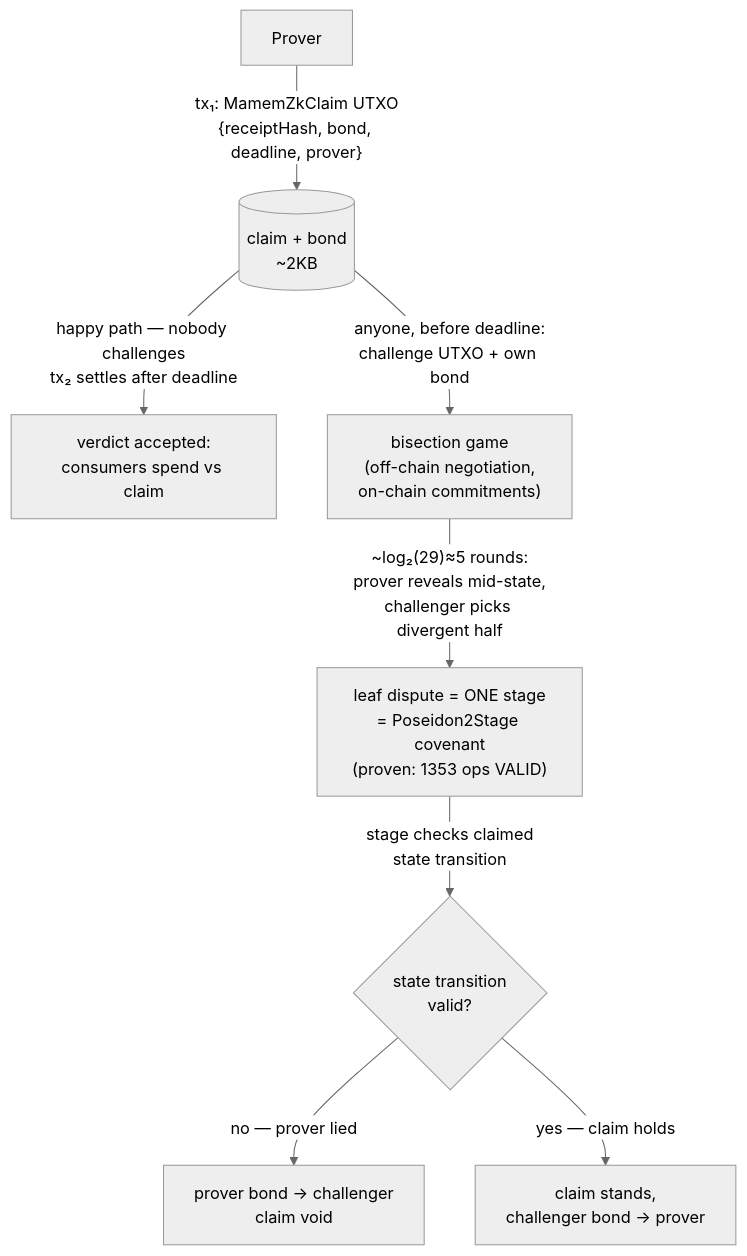
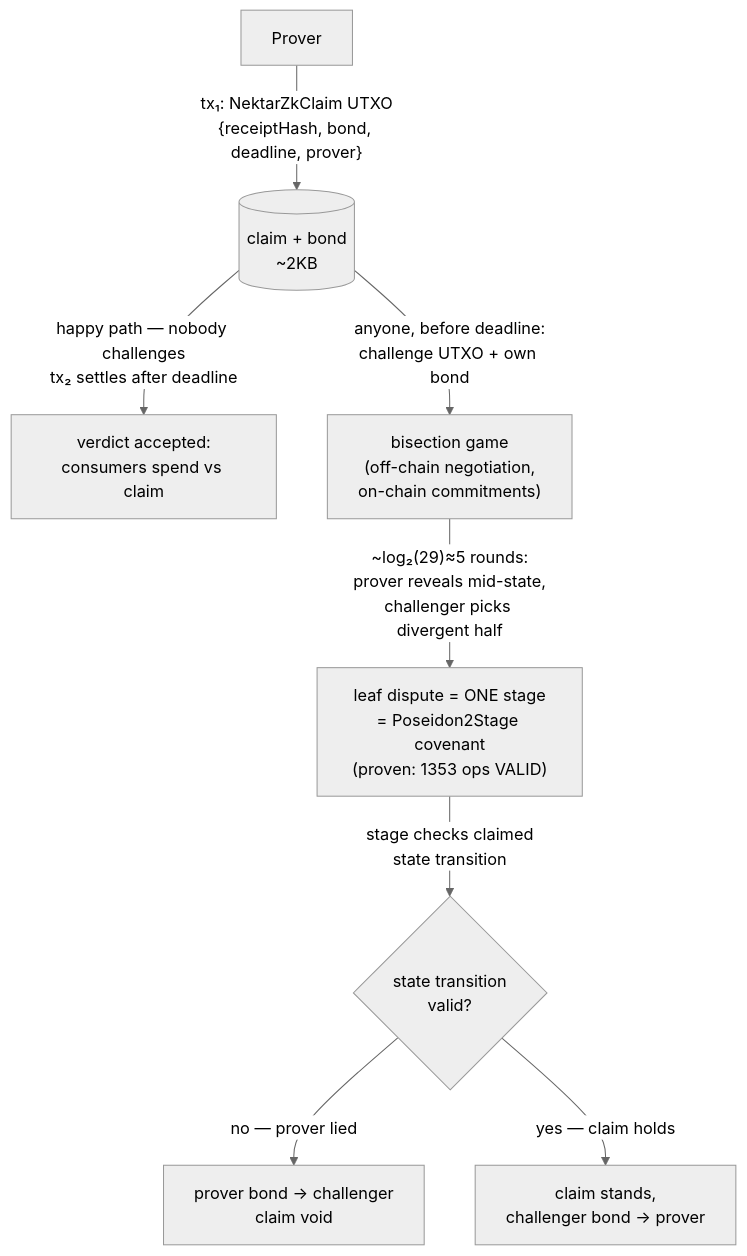
One commit to kryptokrates/nektar changed the second of 2 diagrams in docs/GOAL-v9.md. Above: the diagram before and after it, drawn with Mermaid (neutral theme). The commit also changed other lines of this file and 297 other files, not shown here.

First line of the commit message:
Rename project mamem → nektar

````diff
--- a/docs/GOAL-v9.md
+++ b/docs/GOAL-v9.md
@@ -193,10 +193,10 @@
 ```mermaid
 flowchart TB
-    P["Prover"] -->|"tx₁: MamemZkClaim UTXO<br/>{receiptHash, bond, deadline, prover}"| CLM[("claim + bond<br/>~2KB")]
+    P["Prover"] -->|"tx₁: NektarZkClaim UTXO<br/>{receiptHash, bond, deadline, prover}"| CLM[("claim + bond<br/>~2KB")]
     CLM -->|"happy path — nobody challenges<br/>tx₂ settles after deadline"| OK["verdict accepted:<br/>consumers spend vs claim"]
     CLM -->|"anyone, before deadline:<br/>challenge UTXO + own bond"| CHG["bisection game<br/>(off-chain negotiation,<br/>on-chain commitments)"]
     CHG -->|"~log₂(29)≈5 rounds:<br/>prover reveals mid-state,<br/>challenger picks divergent half"| LEAF["leaf dispute = ONE stage<br/>= Poseidon2Stage covenant<br/>(proven: 1353 ops VALID)"]
     LEAF -->|"stage checks claimed<br/>state transition"| VERD{"state transition<br/>valid?"}
     VERD -->|"no — prover lied"| SLASH["prover bond → challenger<br/>claim void"]
     VERD -->|"yes — claim holds"| SETTLE["claim stands,<br/>challenger bond → prover"]
 ```
````
